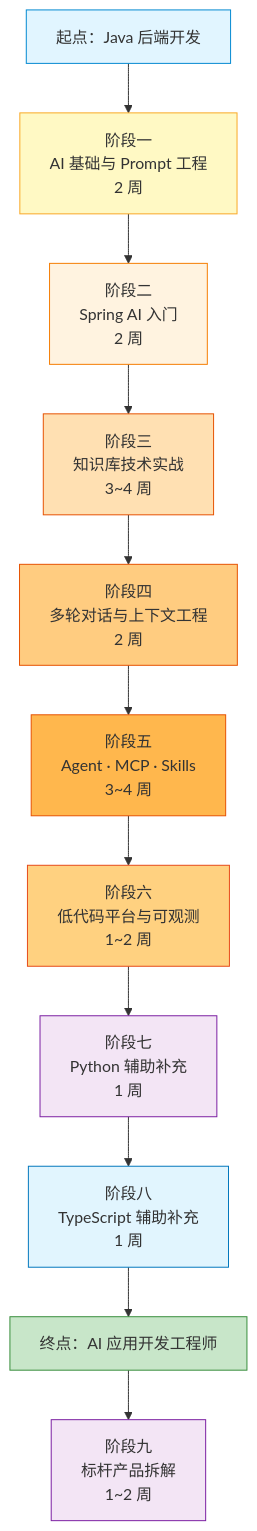
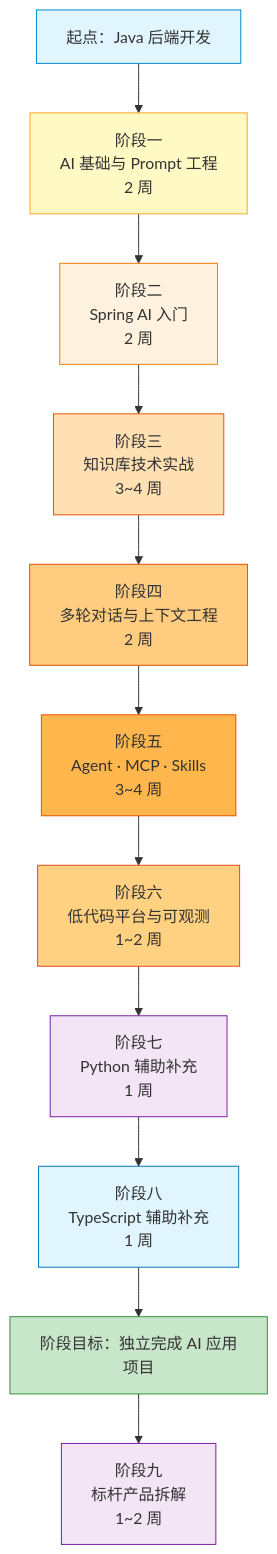
Before and after one commit to GuoWWWX/knowledge-base: the second of 4 diagrams in 10-AI应用开发/00-总览/AI应用开发学习路径.md, drawn with Mermaid. The commit also changed other lines of this file and 368 other files, not shown here.

````diff
--- a/10-AI应用开发/00-总览/AI应用开发学习路径.md
+++ b/10-AI应用开发/00-总览/AI应用开发学习路径.md
@@ -225,26 +225,26 @@
 ```mermaid
 flowchart TD
     A[起点：Java 后端开发] --> B[阶段一<br/>AI 基础与 Prompt 工程<br/>2 周]
     B --> C[阶段二<br/>Spring AI 入门<br/>2 周]
     C --> D[阶段三<br/>知识库技术实战<br/>3~4 周]
     D --> E[阶段四<br/>多轮对话与上下文工程<br/>2 周]
     E --> F[阶段五<br/>Agent · MCP · Skills<br/>3~4 周]
     F --> G[阶段六<br/>低代码平台与可观测<br/>1~2 周]
     G --> H[阶段七<br/>Python 辅助补充<br/>1 周]
     H --> H2[阶段八<br/>TypeScript 辅助补充<br/>1 周]
-    H2 --> I[终点：AI 应用开发工程师]
+    H2 --> I[阶段目标：独立完成 AI 应用项目]
     
     I --> J[阶段九<br/>标杆产品拆解<br/>1~2 周]
     
     style A fill:#e1f5ff,stroke:#0288d1
     style I fill:#c8e6c9,stroke:#388e3c
     style B fill:#fff9c4,stroke:#f9a825
     style C fill:#fff3e0,stroke:#f57c00
     style D fill:#ffe0b2,stroke:#e65100
     style E fill:#ffcc80,stroke:#e65100
     style F fill:#ffb74d,stroke:#e65100
     style G fill:#ffd180,stroke:#e64a19
     style H fill:#f3e5f5,stroke:#7b1fa2
     style H2 fill:#e1f5fe,stroke:#0277bd
     style J fill:#f3e5f5,stroke:#7b1fa2
 ```
````
